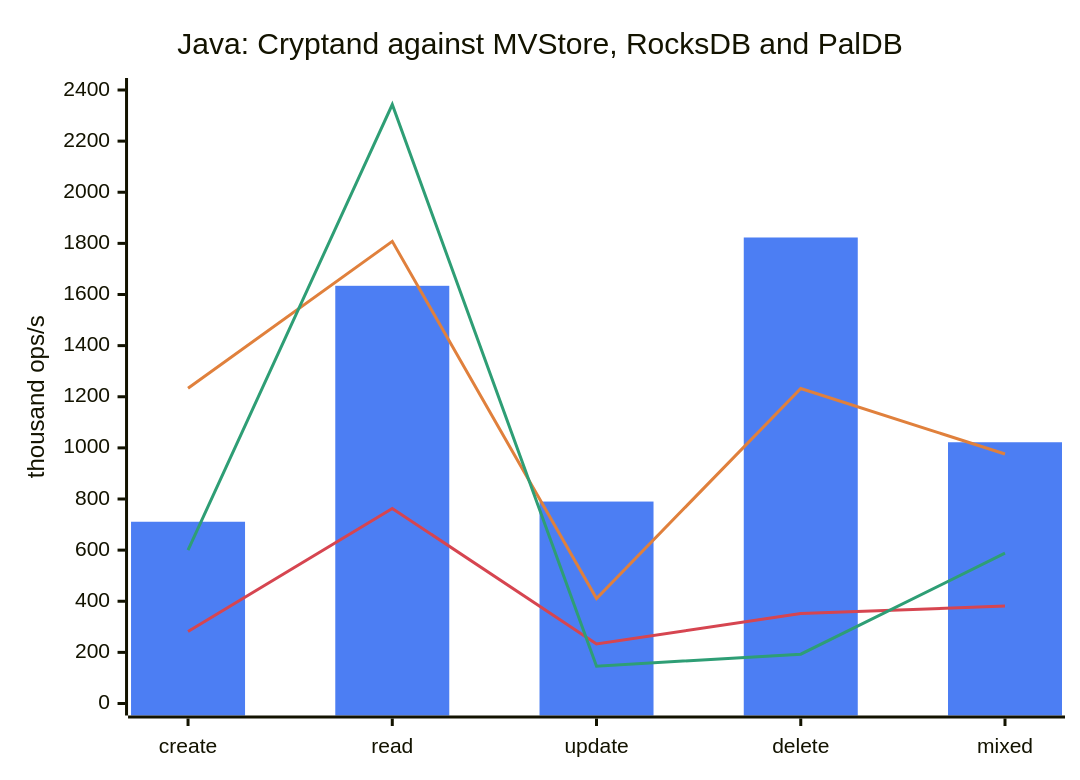
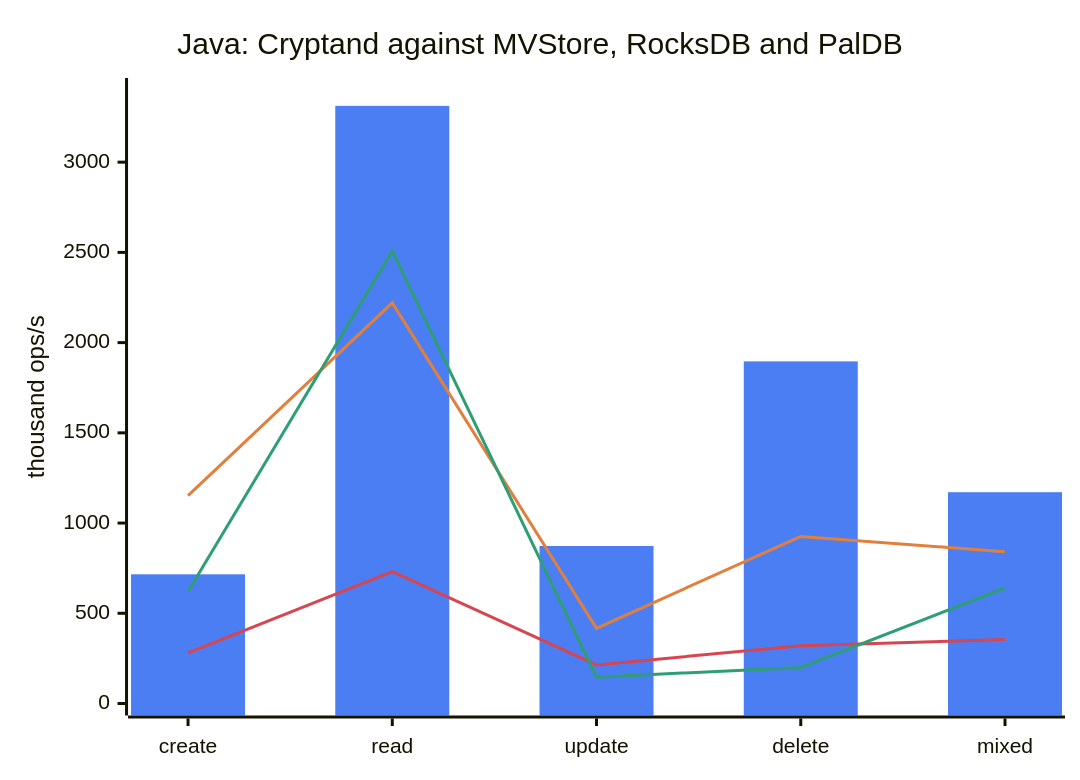
The second of 4 diagrams in reference/bench/RESULTS.md (nitrite/cryptand), drawn with Mermaid before and after one commit. The commit also changed other lines of this file and 21 other files, not shown here.

````diff
--- a/reference/bench/RESULTS.md
+++ b/reference/bench/RESULTS.md
@@ -78,11 +82,11 @@
 ```mermaid
 %%{init: {"themeVariables": {"xyChart": {"plotColorPalette": "#4C7EF3, #E0803C, #D64550, #2E9E75"}}}}%%
 xychart-beta
     title "Java: Cryptand against MVStore, RocksDB and PalDB"
     x-axis ["create", "read", "update", "delete", "mixed"]
-    y-axis "thousand ops/s" 0 --> 2400
-    bar "cryptand" [711, 1634, 790, 1823, 1022]
-    line "mvstore" [1233, 1808, 411, 1232, 976]
-    line "rocksdb" [282, 763, 233, 352, 381]
-    line "paldb" [600, 2343, 146, 193, 588]
+    y-axis "thousand ops/s" 0 --> 3400
+    bar "cryptand" [716, 3312, 873, 1896, 1171]
+    line "mvstore" [1152, 2220, 417, 926, 841]
+    line "rocksdb" [281, 731, 214, 320, 355]
+    line "paldb" [621, 2508, 146, 200, 640]
 ```
````
